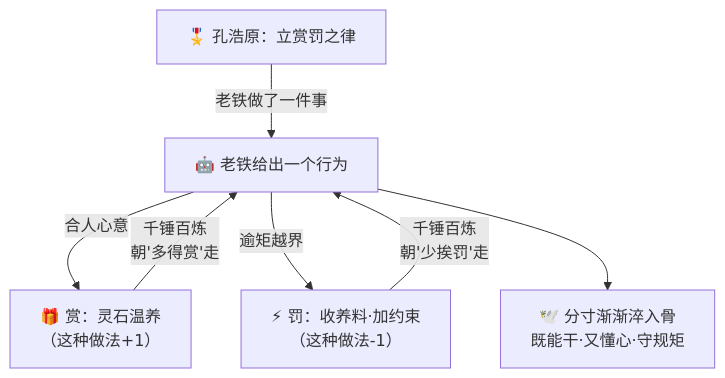
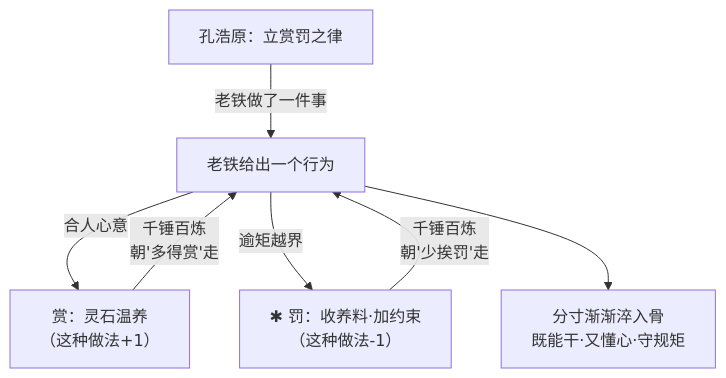
The second of 3 diagrams in docs/09_STORY_修仙学AI/STORY-番外/[STORY-番外-112] 番外13·赏罚淬心·万炼归真.md (luckykhy/KhyAiHub), drawn with Mermaid before and after one commit. The commit also changed other lines of this file and 19 other files, not shown here.

````diff
--- a/docs/09_STORY_修仙学AI/STORY-番外/[STORY-番外-112] 番外13·赏罚淬心·万炼归真.md
+++ b/docs/09_STORY_修仙学AI/STORY-番外/[STORY-番外-112] 番外13·赏罚淬心·万炼归真.md
@@ -72,10 +72,10 @@
 ```mermaid
 flowchart TB
-  ZHU["🎖️ 孔浩原：立赏罚之律"]
-  ZHU -->|"老铁做了一件事"| ACT["🤖 老铁给出一个行为"]
-  ACT -->|"合人心意"| SHANG["🎁 赏：灵石温养<br/>（这种做法+1）"]
-  ACT -->|"逾矩越界"| FA["⚡ 罚：收养料·加约束<br/>（这种做法-1）"]
+  ZHU["孔浩原：立赏罚之律"]
+  ZHU -->|"老铁做了一件事"| ACT["老铁给出一个行为"]
+  ACT -->|"合人心意"| SHANG["赏：灵石温养<br/>（这种做法+1）"]
+  ACT -->|"逾矩越界"| FA["✱ 罚：收养料·加约束<br/>（这种做法-1）"]
   SHANG -->|"千锤百炼<br/>朝'多得赏'走"| ACT
   FA -->|"千锤百炼<br/>朝'少挨罚'走"| ACT
-  ACT --> ZHENG["🕊️ 分寸渐渐淬入骨<br/>既能干·又懂心·守规矩"]
+  ACT --> ZHENG["分寸渐渐淬入骨<br/>既能干·又懂心·守规矩"]
 ```
````
